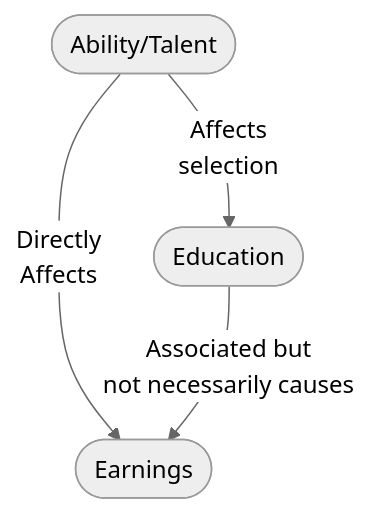
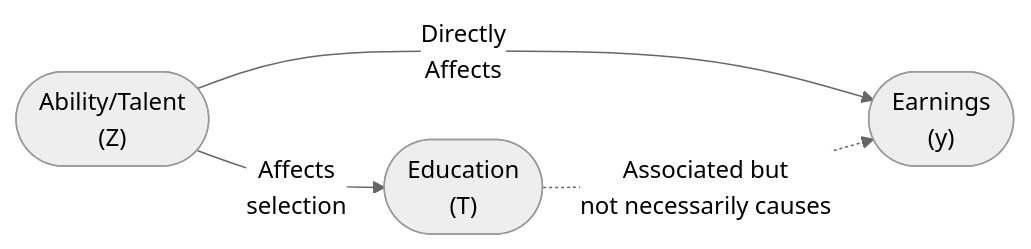
Before and after one commit to uni-notes/uni-notes: the fifth of 14 diagrams in docs/Economics/Causal_Inference/08_Causal_Graphical_Model.md, drawn with Mermaid (neutral theme). The commit also changed other lines of this file and 227 other files, not shown here.

````diff
--- a/docs/Economics/Causal_Inference/08_Causal_Graphical_Model.md
+++ b/docs/Economics/Causal_Inference/08_Causal_Graphical_Model.md
@@ -297,11 +301,11 @@
 ```mermaid
-flowchart TB
-c([Ability/Talent])
-a([Education])
-b([Earnings])
+flowchart LR
+c(["Ability/Talent<br/>(Z)"])
+T(["Education<br/>(T)"])
+y(["Earnings<br/>(y)"])
 
-c -->|Affects<br/>selection| a
-c -->|Directly<br/>Affects| b
+c -->|Affects<br/>selection| T
+c -->|Directly<br/>Affects| y
 
-a -->|Associated but<br/>not necessarily causes| b
+T -.->|Associated but<br/>not necessarily causes| y
 ```
````
